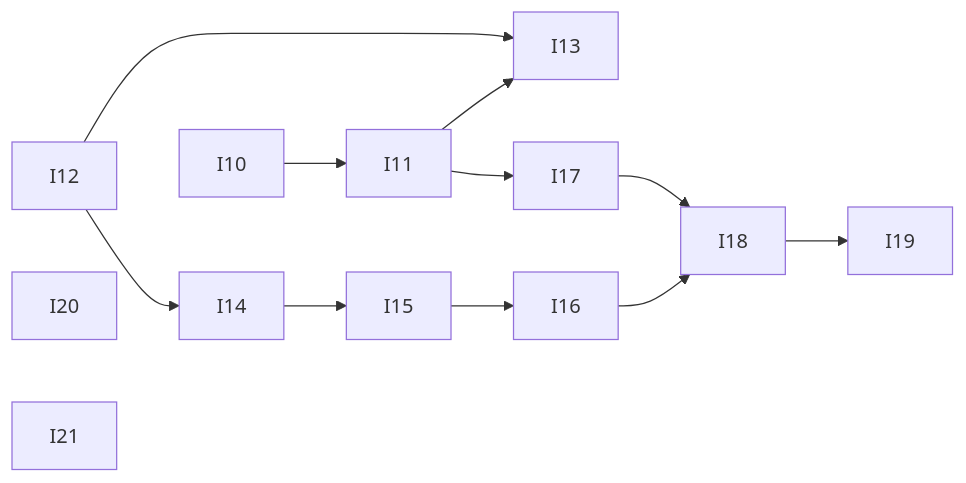
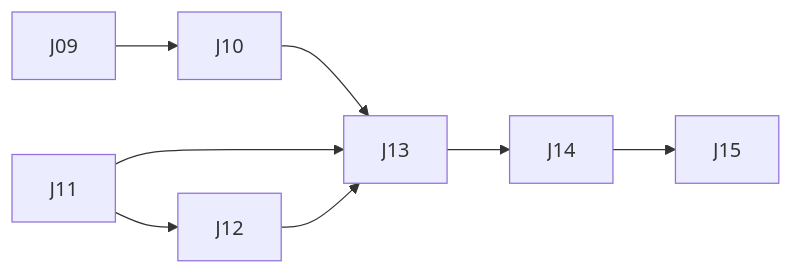
One commit to vespaiach/glance changed the diagram in docs/execution-plan.md. Above: the diagram before and after it, drawn with Mermaid. The commit also changed other lines of this file, not shown here.

````diff
--- a/docs/execution-plan.md
+++ b/docs/execution-plan.md
@@ -49,15 +53,10 @@
 ```mermaid
 graph LR
-  I10 --> I11
-  I11 --> I13
-  I12 --> I13
-  I12 --> I14
-  I14 --> I15
-  I15 --> I16
-  I11 --> I17
-  I16 --> I18
-  I17 --> I18
-  I18 --> I19
-  I20
-  I21
+  J09 --> J10
+  J10 --> J13
+  J11 --> J12
+  J11 --> J13
+  J12 --> J13
+  J13 --> J14
+  J14 --> J15
 ```
````
